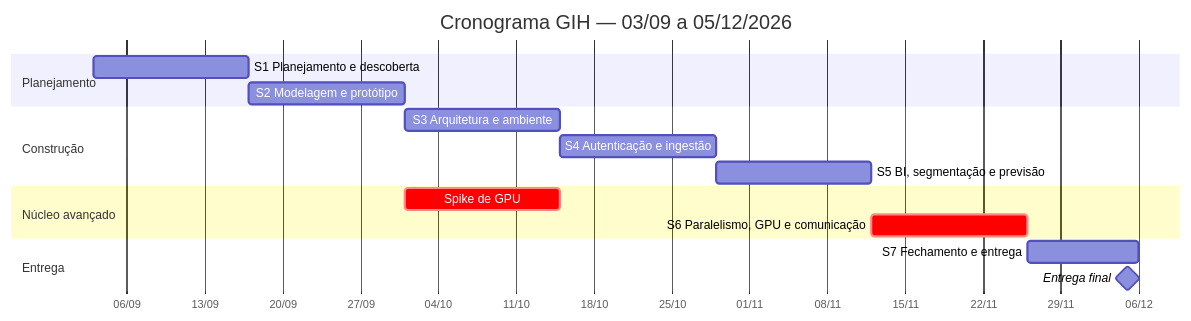
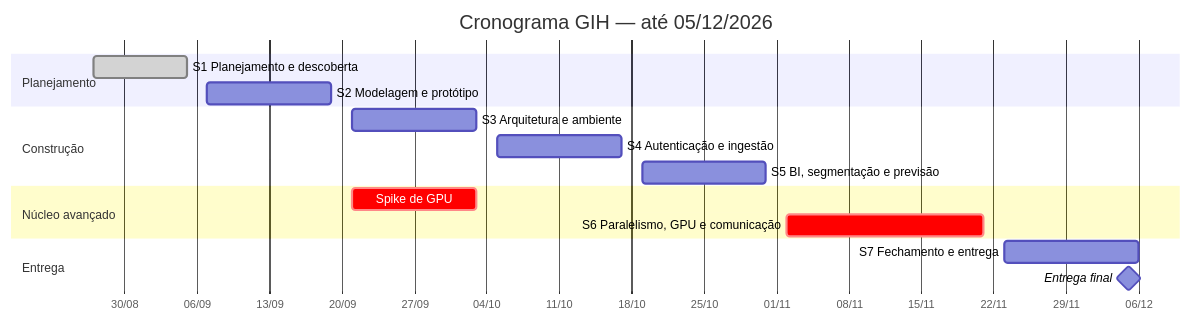
The diagram in docs/05-cronograma.md (PedroMiranda243/gih-fabrica-de-software), drawn with Mermaid before and after one commit. The commit also changed other lines of this file and 1 other file, not shown here.

First line of the commit message:
docs: corrige o cronograma para a data oficial e explicita a relevância do problema

````diff
--- a/docs/05-cronograma.md
+++ b/docs/05-cronograma.md
@@ -41,23 +43,23 @@
 ```mermaid
 gantt
-    title Cronograma GIH — 03/09 a 05/12/2026
+    title Cronograma GIH — até 05/12/2026
     dateFormat YYYY-MM-DD
     axisFormat %d/%m
 
     section Planejamento
-    S1 Planejamento e descoberta      :s1, 2026-09-03, 14d
-    S2 Modelagem e protótipo          :s2, 2026-09-17, 14d
+    S1 Planejamento e descoberta      :done, s1, 2026-08-27, 2026-09-05
+    S2 Modelagem e protótipo          :s2, 2026-09-07, 12d
 
     section Construção
-    S3 Arquitetura e ambiente         :s3, 2026-10-01, 14d
-    S4 Autenticação e ingestão        :s4, 2026-10-15, 14d
-    S5 BI, segmentação e previsão     :s5, 2026-10-29, 14d
+    S3 Arquitetura e ambiente         :s3, 2026-09-21, 12d
+    S4 Autenticação e ingestão        :s4, 2026-10-05, 12d
+    S5 BI, segmentação e previsão     :s5, 2026-10-19, 12d
 
     section Núcleo avançado
-    Spike de GPU                      :crit, spike, 2026-10-01, 14d
-    S6 Paralelismo, GPU e comunicação :crit, s6, 2026-11-12, 14d
+    Spike de GPU                      :crit, spike, 2026-09-21, 12d
+    S6 Paralelismo, GPU e comunicação :crit, s6, 2026-11-02, 19d
 
     section Entrega
-    S7 Fechamento e entrega           :s7, 2026-11-26, 10d
+    S7 Fechamento e entrega           :s7, 2026-11-23, 13d
     Entrega final                     :milestone, m1, 2026-12-05, 0d
 ```
````
